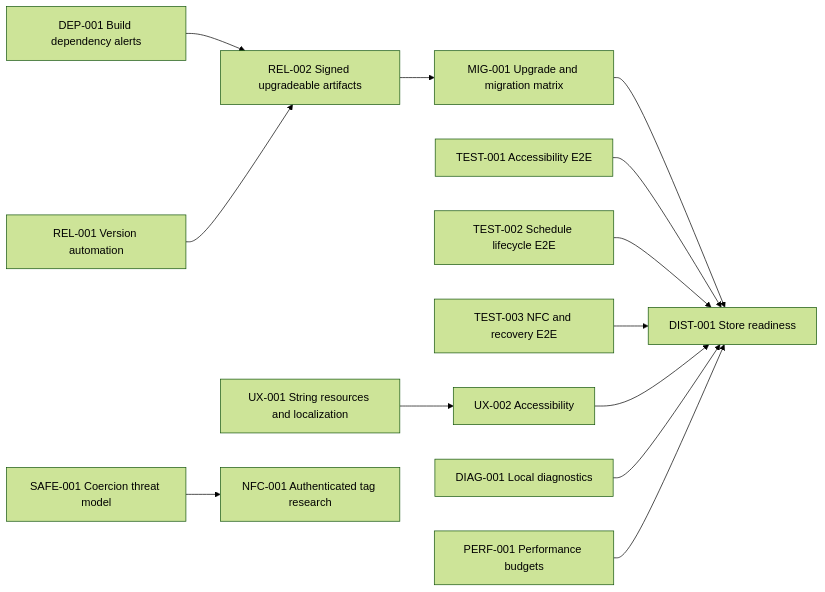
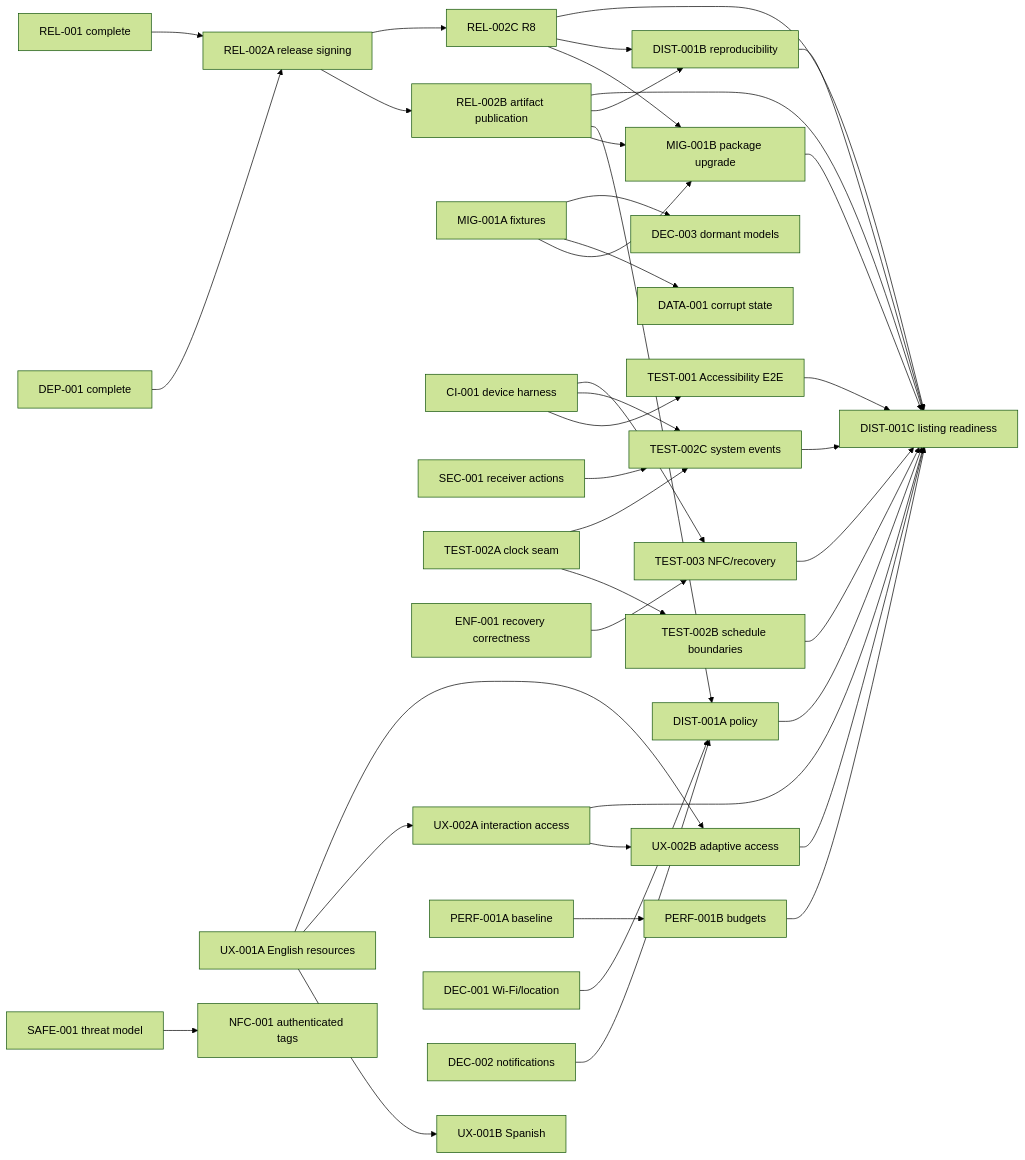
Before and after one commit to mcasillas17/WebSnag: the diagram in docs/ROADMAP.md, drawn with Mermaid (forest theme). The commit also changed other lines of this file, not shown here.

First line of the commit message:
docs: expand WebSnag roadmap into implementation tasks (#33)

````diff
--- a/docs/ROADMAP.md
+++ b/docs/ROADMAP.md
@@ -210,18 +190,47 @@
 ```mermaid
 flowchart LR
-    DEP001["DEP-001 Build dependency alerts"] --> REL002["REL-002 Signed upgradeable artifacts"]
-    REL001["REL-001 Version automation"] --> REL002["REL-002 Signed upgradeable artifacts"]
-    REL002 --> MIG001["MIG-001 Upgrade and migration matrix"]
-    MIG001 --> DIST001["DIST-001 Store readiness"]
+    DEP001["DEP-001 complete"] --> REL002A["REL-002A release signing"]
+    REL001["REL-001 complete"] --> REL002A
+    REL002A --> REL002B["REL-002B artifact publication"]
+    REL002A --> REL002C["REL-002C R8"]
+    REL002B --> MIG001B["MIG-001B package upgrade"]
+    REL002C --> MIG001B
+    MIG001A["MIG-001A fixtures"] --> MIG001B
+    MIG001A --> DATA001["DATA-001 corrupt state"]
 
-    TEST001["TEST-001 Accessibility E2E"] --> DIST001
-    TEST002["TEST-002 Schedule lifecycle E2E"] --> DIST001
-    TEST003["TEST-003 NFC and recovery E2E"] --> DIST001
+    CI001["CI-001 device harness"] --> TEST001["TEST-001 Accessibility E2E"]
+    CI001 --> TEST002C["TEST-002C system events"]
+    CI001 --> TEST003["TEST-003 NFC/recovery"]
+    SEC001["SEC-001 receiver actions"] --> TEST002C
+    TEST002A["TEST-002A clock seam"] --> TEST002B["TEST-002B schedule boundaries"]
+    TEST002A --> TEST002C
+    ENF001["ENF-001 recovery correctness"] --> TEST003
 
-    UX001["UX-001 String resources and localization"] --> UX002["UX-002 Accessibility"]
-    UX002 --> DIST001
-    DIAG001["DIAG-001 Local diagnostics"] --> DIST001
-    PERF001["PERF-001 Performance budgets"] --> DIST001
+    UX001A["UX-001A English resources"] --> UX001B["UX-001B Spanish"]
+    UX001A --> UX002A["UX-002A interaction access"]
+    UX001A --> UX002B["UX-002B adaptive access"]
+    UX002A --> UX002B
+    PERF001A["PERF-001A baseline"] --> PERF001B["PERF-001B budgets"]
+    MIG001A --> DEC003["DEC-003 dormant models"]
 
-    SAFE001["SAFE-001 Coercion threat model"] --> NFC001["NFC-001 Authenticated tag research"]
+    DEC001["DEC-001 Wi-Fi/location"] --> DIST001A["DIST-001A policy"]
+    DEC002["DEC-002 notifications"] --> DIST001A
+    REL002B --> DIST001A
+    REL002B --> DIST001B["DIST-001B reproducibility"]
+    REL002C --> DIST001B
+
+    REL002B --> DIST001C["DIST-001C listing readiness"]
+    REL002C --> DIST001C
+    MIG001B --> DIST001C
+    TEST001 --> DIST001C
+    TEST002B --> DIST001C
+    TEST002C --> DIST001C
+    TEST003 --> DIST001C
+    UX002A --> DIST001C
+    UX002B --> DIST001C
+    PERF001B --> DIST001C
+    DIST001A --> DIST001C
+    DIST001B --> DIST001C
+
+    SAFE001["SAFE-001 threat model"] --> NFC001["NFC-001 authenticated tags"]
 ```
````
